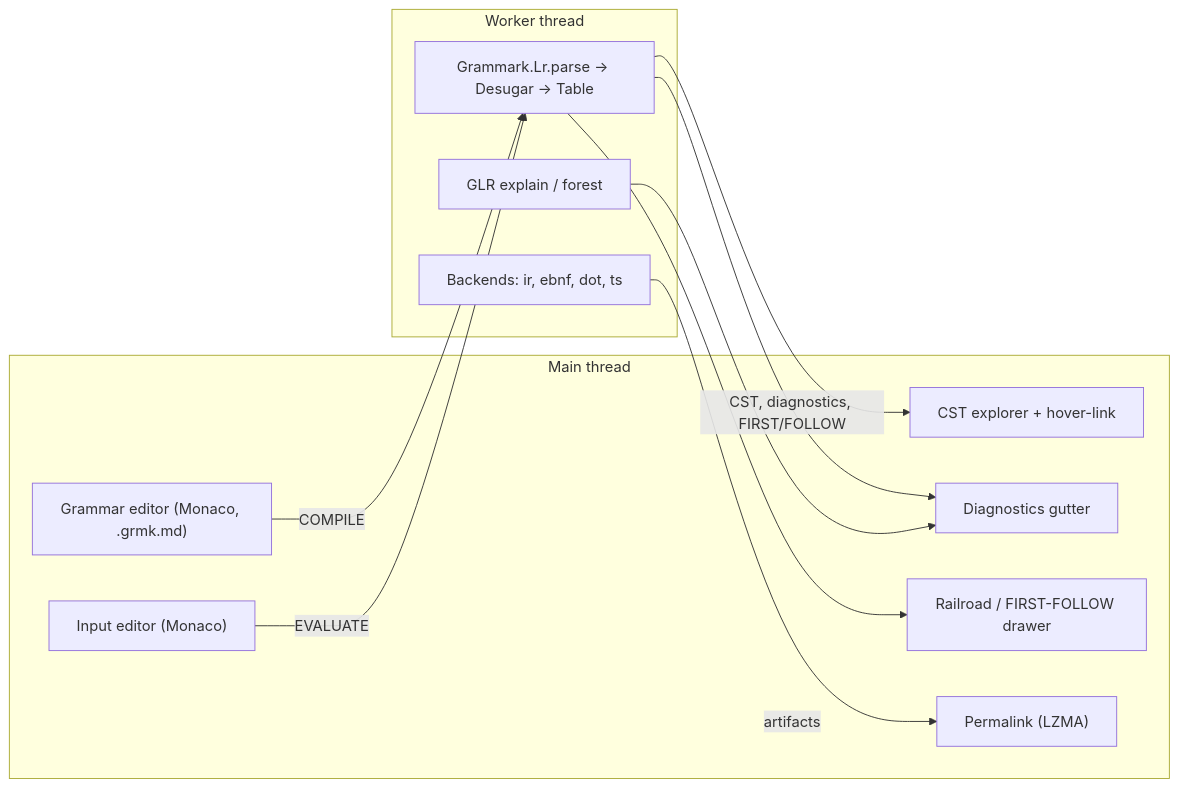
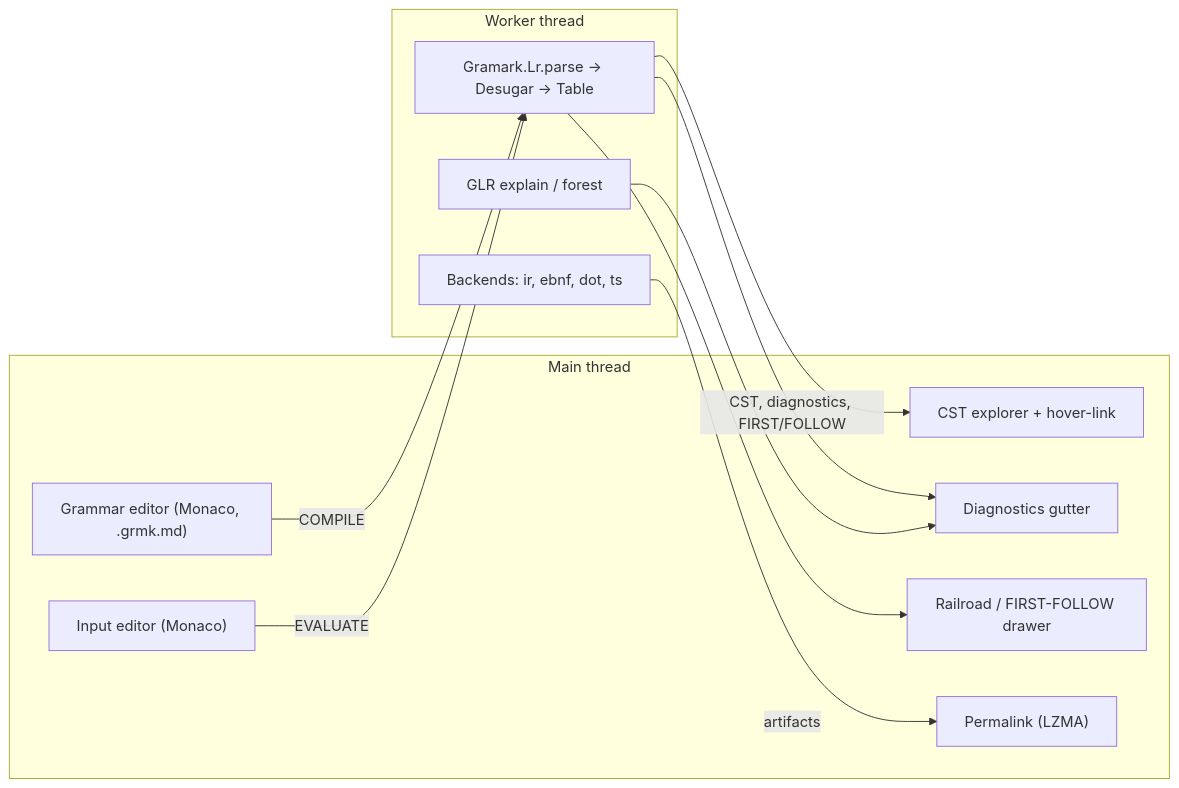
Before and after one commit to wstein/gramaire: the diagram in docs/playground-spec.md, drawn with Mermaid. The commit also changed other lines of this file and 164 other files, not shown here.

First line of the commit message:
rename: grammark → gramark everywhere

````diff
--- a/docs/playground-spec.md
+++ b/docs/playground-spec.md
@@ -217,23 +217,23 @@
 ```mermaid
 flowchart LR
   subgraph Main thread
     GE["Grammar editor (Monaco, .grmk.md)"]
     IE["Input editor (Monaco)"]
     CST["CST explorer + hover-link"]
     DIAG["Diagnostics gutter"]
     RR["Railroad / FIRST-FOLLOW drawer"]
     URL["Permalink (LZMA)"]
   end
   subgraph Worker thread
-    P["Grammark.Lr.parse -> Desugar -> Table"]
+    P["Gramark.Lr.parse -> Desugar -> Table"]
     G["GLR explain / forest"]
     B["Backends: ir, ebnf, dot, ts"]
   end
   GE -- COMPILE --> P
   IE -- EVALUATE --> P
   P -- "CST, diagnostics, FIRST/FOLLOW" --> CST
   P --> DIAG
   P --> RR
   G --> DIAG
   B -- artifacts --> URL
 ```
````
